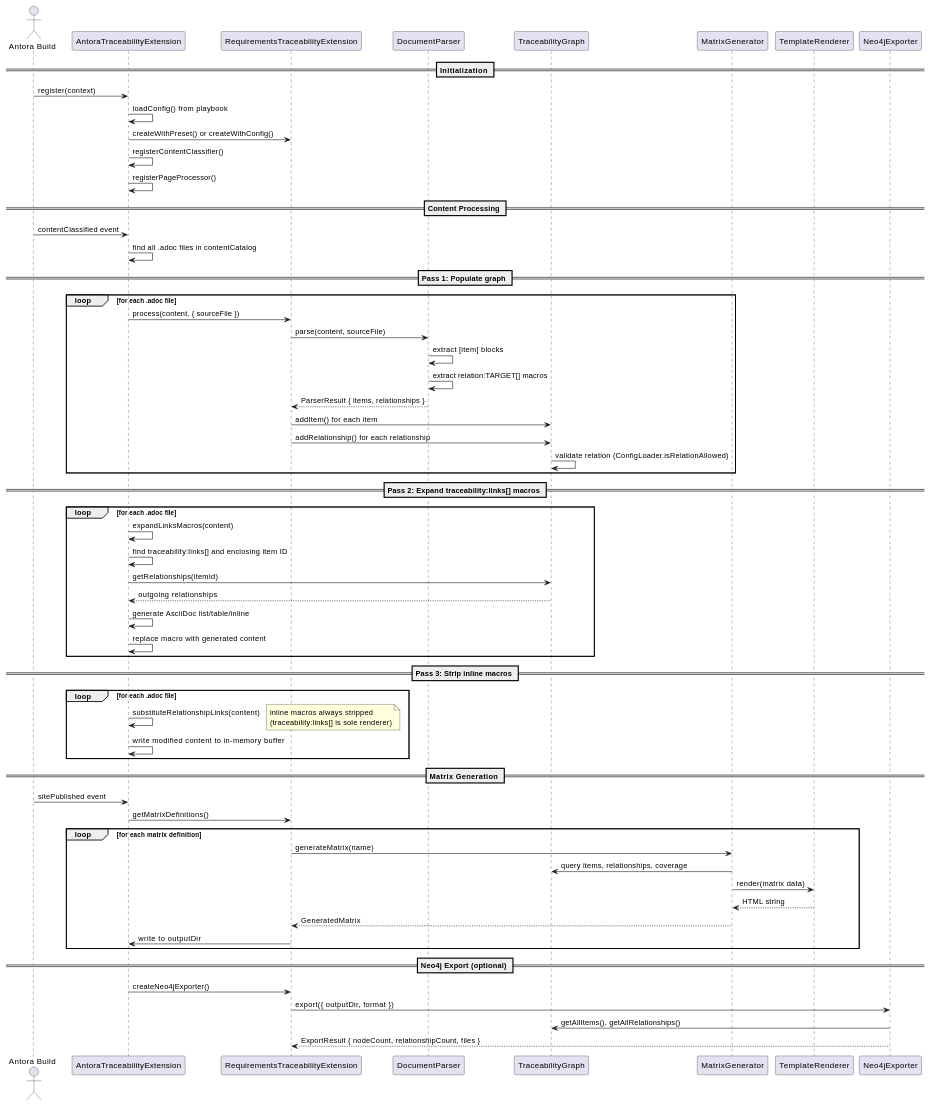
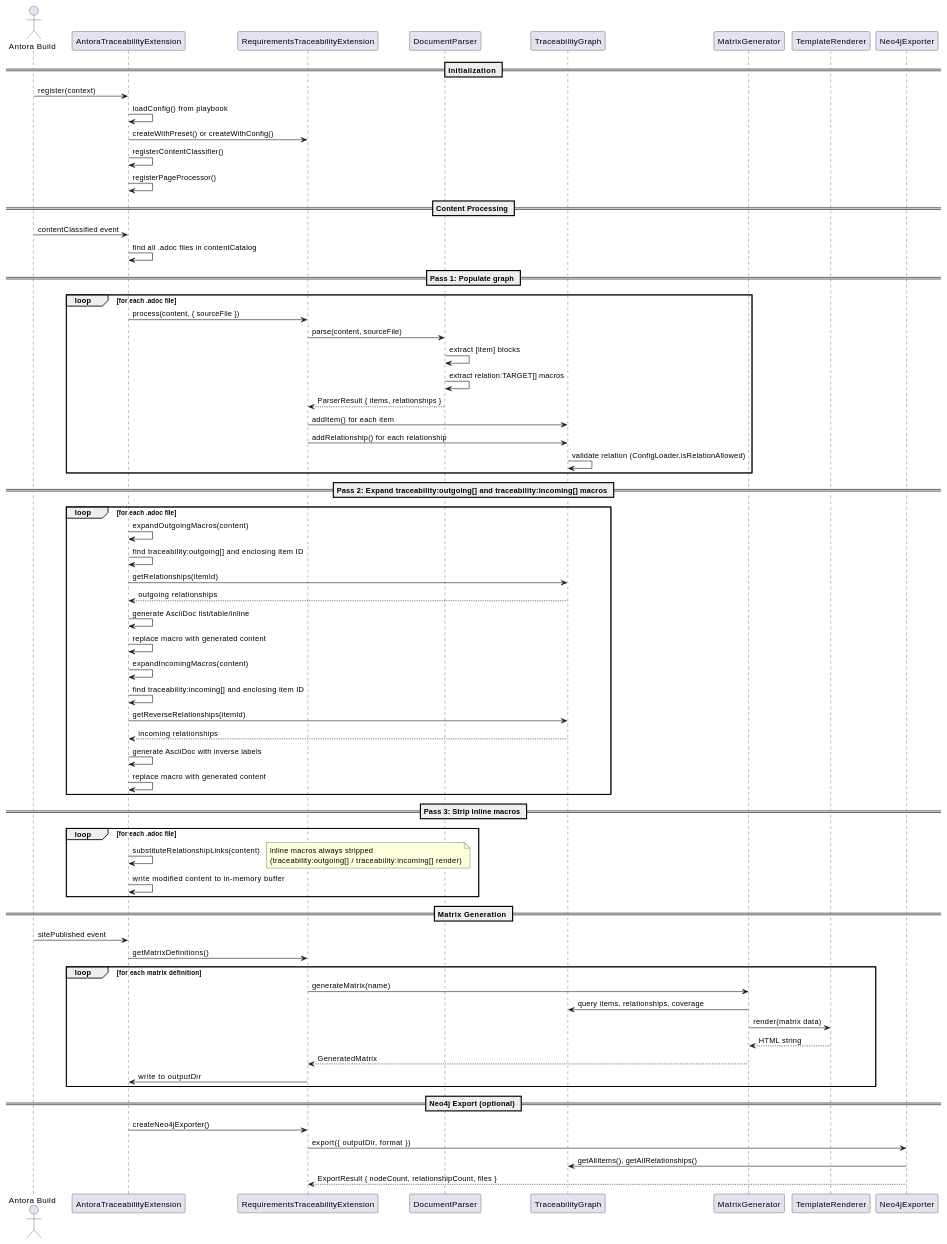
The second of 2 diagrams in examples/modules/ROOT/pages/architecture.adoc (rattermeyer/antora-tracer), drawn with PlantUML before and after one commit. The commit also changed other lines of this file and 40 other files, not shown here.

First line of the commit message:
feat: add incoming links macro, verbatim block handling, and collapsible output

```diff
--- a/examples/modules/ROOT/pages/architecture.adoc
+++ b/examples/modules/ROOT/pages/architecture.adoc
@@ -142,71 +144,77 @@
 [plantuml, format=svg]
 ....
 @startuml
 actor "Antora Build" as antora
 participant "AntoraTraceabilityExtension" as antora_ext
 participant "RequirementsTraceabilityExtension" as main_ext
 participant "DocumentParser" as parser
 participant "TraceabilityGraph" as graph
 participant "MatrixGenerator" as matrix
 participant "TemplateRenderer" as templates
 participant "Neo4jExporter" as neo4j
 
 == Initialization ==
 antora -> antora_ext : register(context)
 antora_ext -> antora_ext : loadConfig() from playbook
 antora_ext -> main_ext : createWithPreset() or createWithConfig()
 antora_ext -> antora_ext : registerContentClassifier()
 antora_ext -> antora_ext : registerPageProcessor()
 
 == Content Processing ==
 antora -> antora_ext : contentClassified event
 antora_ext -> antora_ext : find all .adoc files in contentCatalog
 
 == Pass 1: Populate graph ==
 loop for each .adoc file
   antora_ext -> main_ext : process(content, { sourceFile })
   main_ext -> parser : parse(content, sourceFile)
   parser -> parser : extract [item] blocks
   parser -> parser : extract relation:TARGET[] macros
   parser --> main_ext : ParserResult { items, relationships }
   main_ext -> graph : addItem() for each item
   main_ext -> graph : addRelationship() for each relationship
   graph -> graph : validate relation (ConfigLoader.isRelationAllowed)
 end
 
-== Pass 2: Expand traceability:links[] macros ==
+== Pass 2: Expand traceability:outgoing[] and traceability:incoming[] macros ==
 loop for each .adoc file
-  antora_ext -> antora_ext : expandLinksMacros(content)
-  antora_ext -> antora_ext : find traceability:links[] and enclosing item ID
+  antora_ext -> antora_ext : expandOutgoingMacros(content)
+  antora_ext -> antora_ext : find traceability:outgoing[] and enclosing item ID
   antora_ext -> graph : getRelationships(itemId)
   graph --> antora_ext : outgoing relationships
   antora_ext -> antora_ext : generate AsciiDoc list/table/inline
+  antora_ext -> antora_ext : replace macro with generated content
+  antora_ext -> antora_ext : expandIncomingMacros(content)
+  antora_ext -> antora_ext : find traceability:incoming[] and enclosing item ID
+  antora_ext -> graph : getReverseRelationships(itemId)
+  graph --> antora_ext : incoming relationships
+  antora_ext -> antora_ext : generate AsciiDoc with inverse labels
   antora_ext -> antora_ext : replace macro with generated content
 end
 
 == Pass 3: Strip inline macros ==
 loop for each .adoc file
   antora_ext -> antora_ext : substituteRelationshipLinks(content)
-  note right: inline macros always stripped\n(traceability:links[] is sole renderer)
+  note right: inline macros always stripped\n(traceability:outgoing[] / traceability:incoming[] render)
   antora_ext -> antora_ext : write modified content to in-memory buffer
 end
 
 == Matrix Generation ==
 antora -> antora_ext : sitePublished event
 antora_ext -> main_ext : getMatrixDefinitions()
 loop for each matrix definition
   main_ext -> matrix : generateMatrix(name)
   matrix -> graph : query items, relationships, coverage
   matrix -> templates : render(matrix data)
   templates --> matrix : HTML string
   matrix --> main_ext : GeneratedMatrix
   main_ext -> antora_ext : write to outputDir
 end
 
 == Neo4j Export (optional) ==
 antora_ext -> main_ext : createNeo4jExporter()
 main_ext -> neo4j : export({ outputDir, format })
 neo4j -> graph : getAllItems(), getAllRelationships()
 neo4j --> main_ext : ExportResult { nodeCount, relationshipCount, files }
 @enduml
 ....
```
